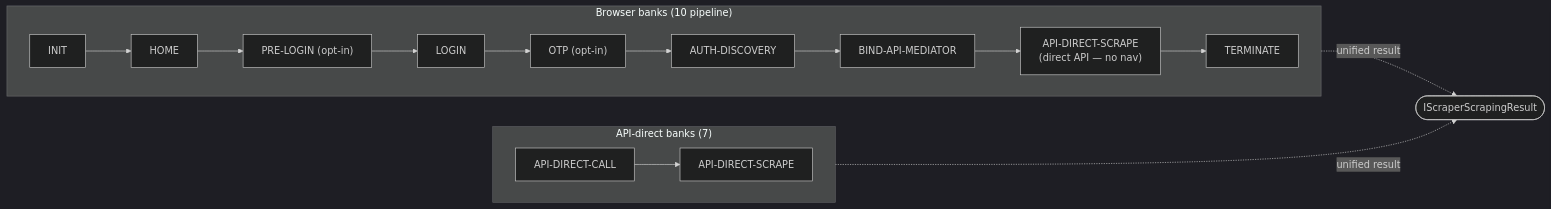
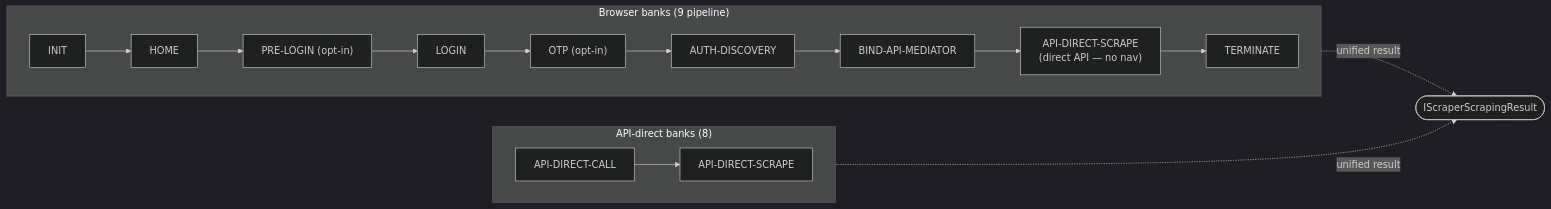
The diagram in docs/index.md (sergienko4/israeli-bank-scrapers), drawn with Mermaid (dark theme) before and after one commit. The commit also changed other lines of this file and 93 other files, not shown here.

````diff
--- a/docs/index.md
+++ b/docs/index.md
@@ -37,18 +37,18 @@
 ```mermaid
 flowchart LR
-    subgraph BB["Browser banks (10 pipeline)"]
+    subgraph BB["Browser banks (9 pipeline)"]
       direction LR
       INIT --> HOME --> PRELOGIN["PRE-LOGIN (opt-in)"]
       PRELOGIN --> LOGIN --> OTP["OTP (opt-in)"]
       OTP --> AUTH["AUTH-DISCOVERY"] --> BIND["BIND-API-MEDIATOR"]
       BIND --> SCRAPE["API-DIRECT-SCRAPE<br/>(direct API — no nav)"] --> TERM["TERMINATE"]
     end
 
-    subgraph API["API-direct banks (7)"]
+    subgraph API["API-direct banks (8)"]
       direction LR
       CALL["API-DIRECT-CALL"] --> SCR["API-DIRECT-SCRAPE"]
     end
 
     BB -.->|"unified result"| RESULT(["IScraperScrapingResult"])
     API -.->|"unified result"| RESULT
 ```
````
